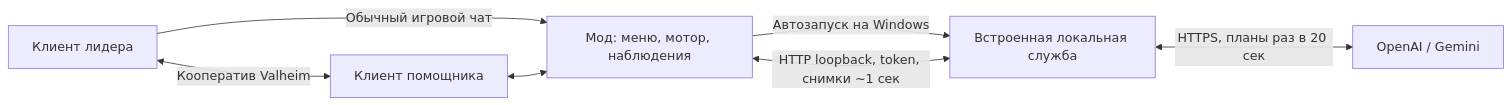
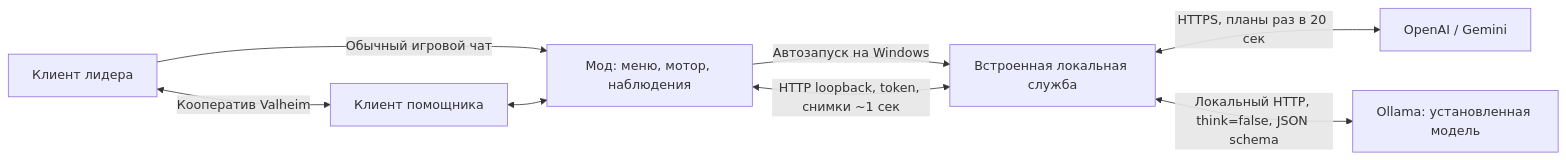
One commit to S1mpleton/ValheimAIHelper changed the diagram in docs/architecture.md. Above: the diagram before and after it, drawn with Mermaid. The commit also changed other lines of this file and 29 other files, not shown here.

````diff
--- a/docs/architecture.md
+++ b/docs/architecture.md
@@ -3,9 +3,10 @@
 ```mermaid
 flowchart LR
     Human[Клиент лидера] <-->|Кооператив Valheim| Bot[Клиент помощника]
     Human -->|Обычный игровой чат| Mod[Мод: меню, мотор, наблюдения]
     Bot <--> Mod
     Mod -->|Автозапуск на Windows| Bridge[Встроенная локальная служба]
     Mod <-->|HTTP loopback, token, снимки ~1 сек| Bridge
     Bridge <-->|HTTPS, планы раз в 20 сек| Provider[OpenAI / Gemini]
+    Bridge <-->|Локальный HTTP, think=false, JSON schema| Ollama[Ollama: установленная модель]
 ```
````
